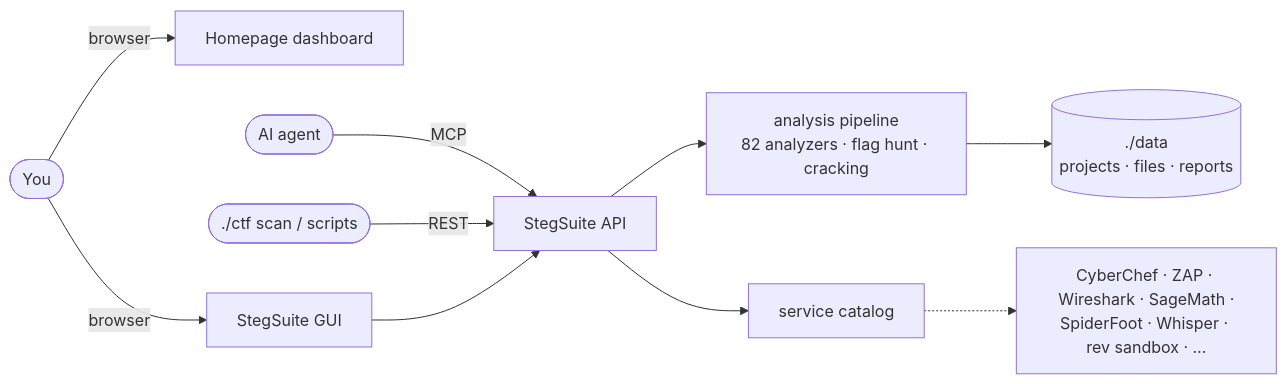
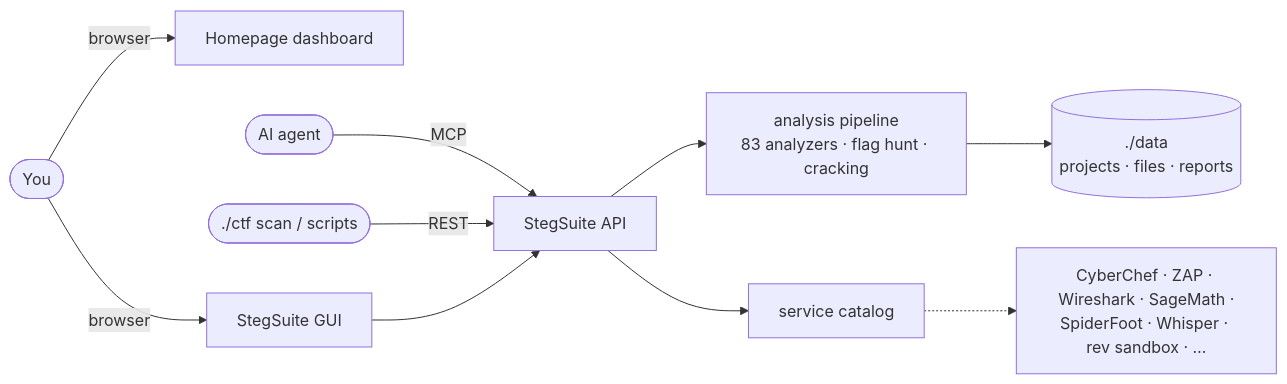
Before and after one commit to dexRand/ctf-docker: the diagram in README.md, drawn with Mermaid. The commit also changed other lines of this file and 5 other files, not shown here.

````diff
--- a/README.md
+++ b/README.md
@@ -87,12 +87,12 @@
 ```mermaid
 flowchart LR
   you([You]) -->|browser| dash[Homepage dashboard]
   you -->|browser| ss[StegSuite GUI]
   agent([AI agent]) -->|MCP| api
   cli([./ctf scan / scripts]) -->|REST| api
   ss --> api[StegSuite API]
-  api --> pipe[analysis pipeline<br/>82 analyzers · flag hunt · cracking]
+  api --> pipe[analysis pipeline<br/>83 analyzers · flag hunt · cracking]
   pipe --> data[(./data<br/>projects · files · reports)]
   api --> svc[service catalog]
   svc -.-> tools[CyberChef · ZAP · Wireshark · SageMath ·<br/>SpiderFoot · Whisper · rev sandbox · …]
 ```
````
